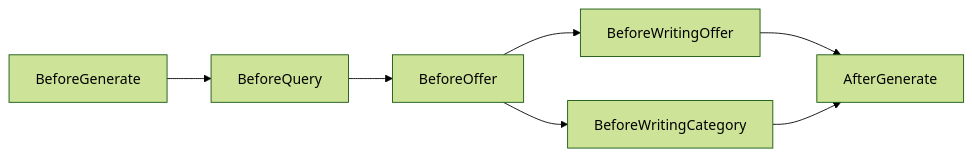
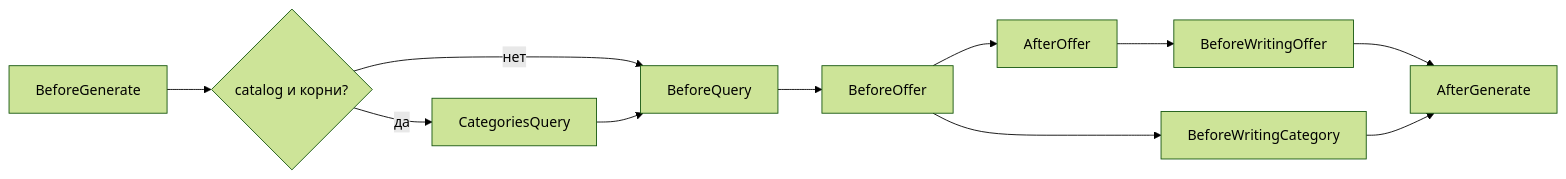
One commit to modx-pro/Docs changed the second of 2 diagrams in docs/components/ms3yandexmarket/events.md. Above: the diagram before and after it, drawn with Mermaid (forest theme). The commit also changed other lines of this file and 9 other files, not shown here.

````diff
--- a/docs/components/ms3yandexmarket/events.md
+++ b/docs/components/ms3yandexmarket/events.md
@@ -36,9 +38,13 @@
 ```mermaid
 flowchart LR
-  BG[BeforeGenerate] --> BQ[BeforeQuery]
+  BG[BeforeGenerate] --> Roots{catalog и корни?}
+  Roots -->|да| CQ[CategoriesQuery]
+  Roots -->|нет| BQ[BeforeQuery]
+  CQ --> BQ
   BQ --> BO[BeforeOffer]
-  BO --> BWO[BeforeWritingOffer]
+  BO --> AO[AfterOffer]
+  AO --> BWO[BeforeWritingOffer]
   BO --> BWC[BeforeWritingCategory]
   BWO --> AG[AfterGenerate]
   BWC --> AG
 ```
````
